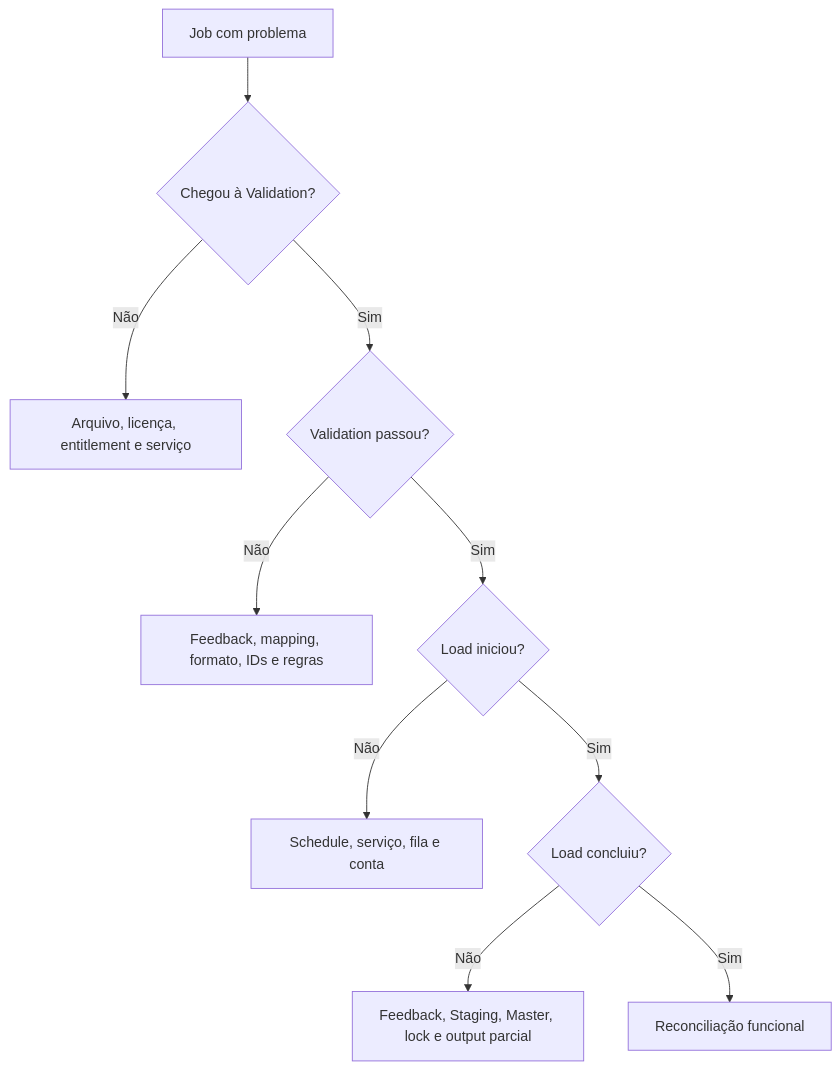
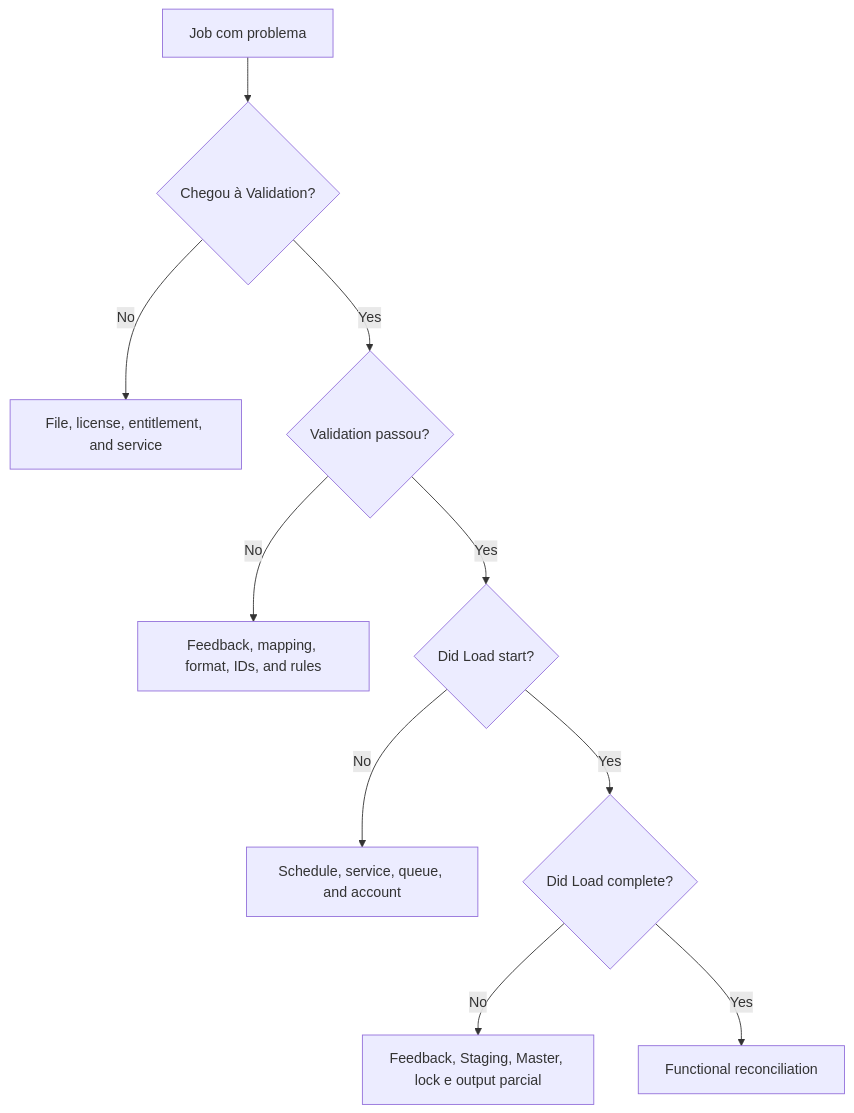
The diagram in docs/data-import/troubleshooting.md (msekimoto/investran), drawn with Mermaid before and after one commit. The commit also changed other lines of this file and 105 other files, not shown here.

````diff
--- a/docs/data-import/troubleshooting.md
+++ b/docs/data-import/troubleshooting.md
@@ -43,12 +43,12 @@
 ```mermaid
 flowchart TD
     A[Job com problema] --> B{Chegou à Validation?}
-    B -->|Não| C[Arquivo, licença, entitlement e serviço]
-    B -->|Sim| D{Validation passou?}
-    D -->|Não| E[Feedback, mapping, formato, IDs e regras]
-    D -->|Sim| F{Load iniciou?}
-    F -->|Não| G[Schedule, serviço, fila e conta]
-    F -->|Sim| H{Load concluiu?}
-    H -->|Não| I[Feedback, Staging, Master, lock e output parcial]
-    H -->|Sim| J[Reconciliação funcional]
+    B -->|No| C[File, license, entitlement, and service]
+    B -->|Yes| D{Validation passou?}
+    D -->|No| E[Feedback, mapping, format, IDs, and rules]
+    D -->|Yes| F{Did Load start?}
+    F -->|No| G[Schedule, service, queue, and account]
+    F -->|Yes| H{Did Load complete?}
+    H -->|No| I[Feedback, Staging, Master, lock e output parcial]
+    H -->|Yes| J[Functional reconciliation]
 ```
````
